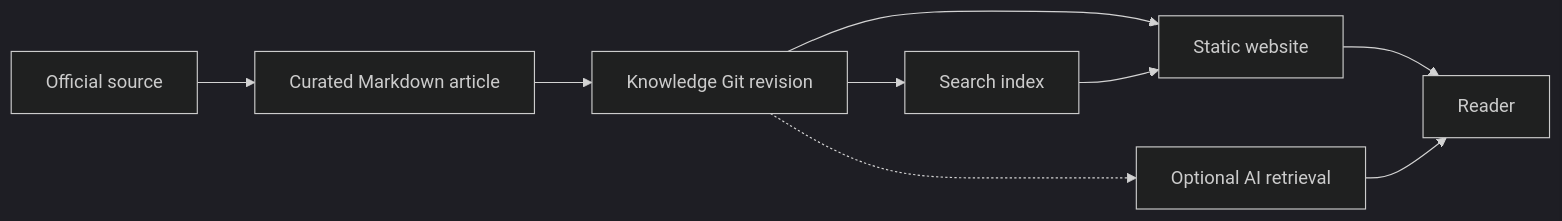
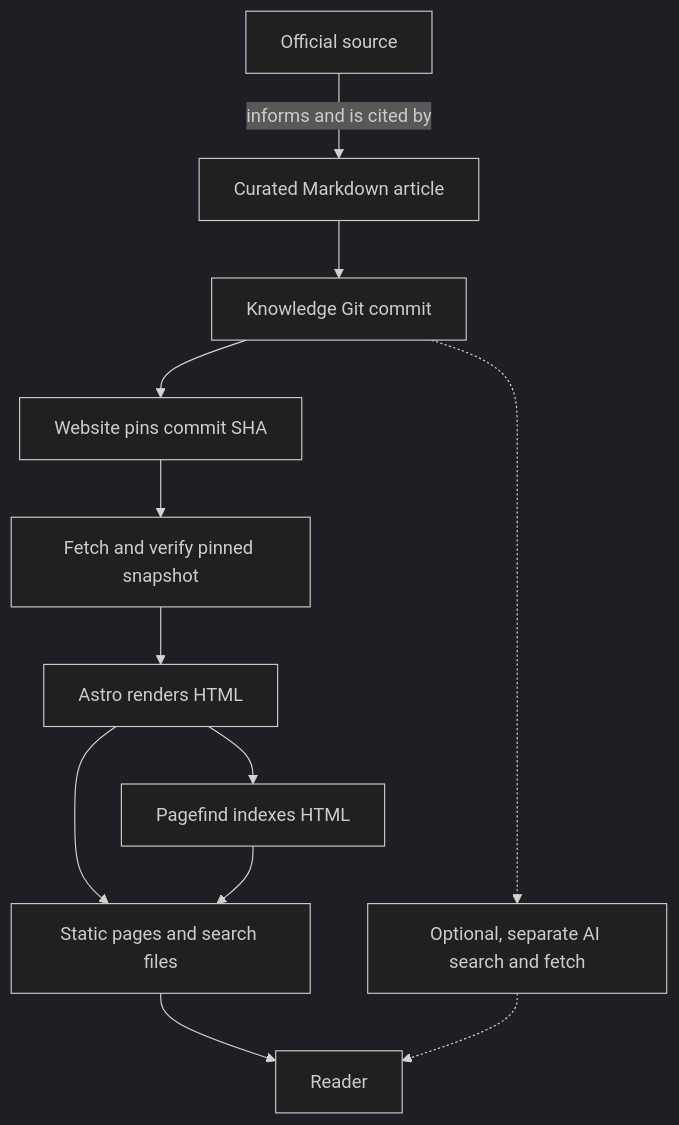
One commit to David-A18/MY-humble-knowledge-for-everyone changed the first of 2 diagrams in knowledge/ai/ai-tooling/knowledge-bases/reference-architecture.md. Above: the diagram before and after it, drawn with Mermaid (dark theme). The commit also changed other lines of this file and 6 other files, not shown here.

Commit message:
Align knowledge architecture with static website build

````diff
--- a/knowledge/ai/ai-tooling/knowledge-bases/reference-architecture.md
+++ b/knowledge/ai/ai-tooling/knowledge-bases/reference-architecture.md
@@ -72,11 +78,14 @@
 ```mermaid
-flowchart LR
-  source["Official source"] --> article["Curated Markdown article"]
-  article --> revision["Knowledge Git revision"]
-  revision --> site["Static website"]
-  revision --> search["Search index"]
-  search --> site
-  revision -.-> ai["Optional AI retrieval"]
-  site --> reader["Reader"]
-  ai --> reader
+flowchart TB
+  source["Official source"] -->|"informs and is cited by"| article["Curated Markdown article"]
+  article --> revision["Knowledge Git commit"]
+  revision --> lock["Website pins commit SHA"]
+  lock --> snapshot["Fetch and verify pinned snapshot"]
+  snapshot --> html["Astro renders HTML"]
+  html --> search["Pagefind indexes HTML"]
+  html --> artifact["Static pages and search files"]
+  search --> artifact
+  artifact --> reader["Reader"]
+  revision -.-> ai["Optional, separate AI search and fetch"]
+  ai -.-> reader
 ```
````
